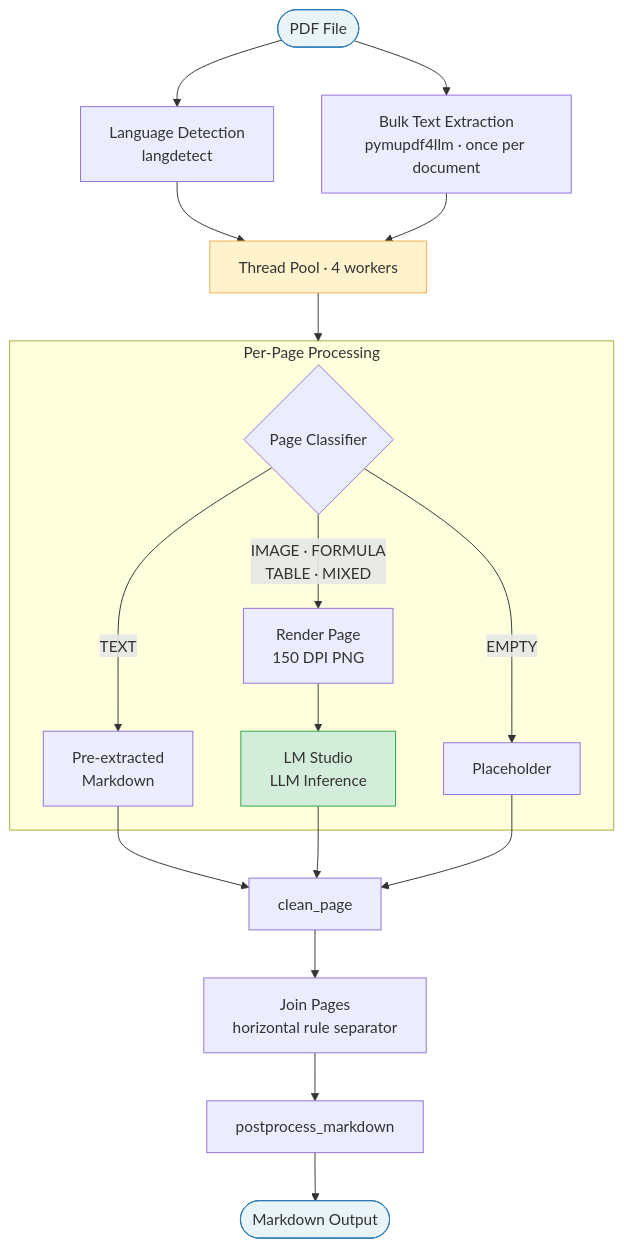
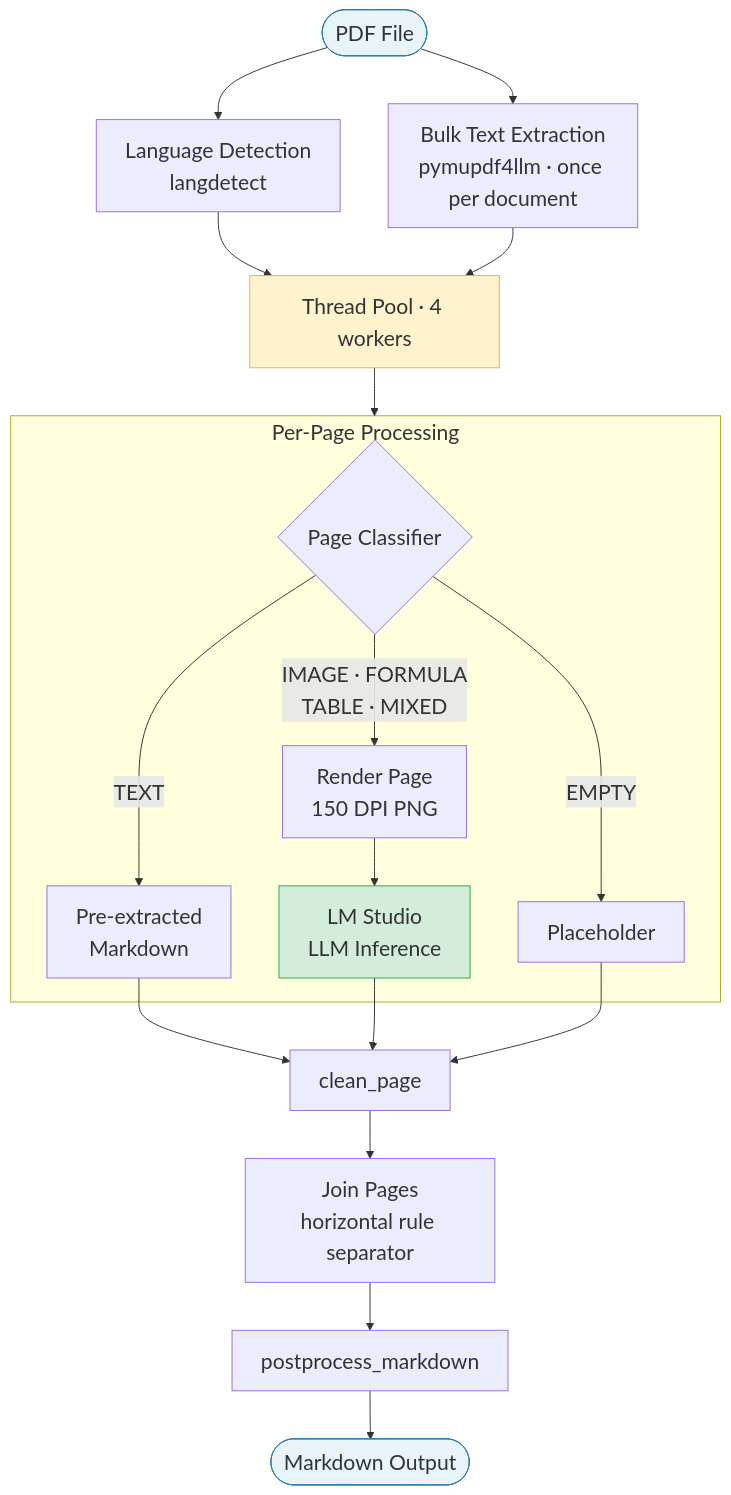
One commit to noormartini/pdf2md changed the diagram in Thesis_Paper/diagrams/architecture.mmd. Above: the diagram before and after it, drawn with Mermaid. The commit also changed 10 other files, not shown here.

```diff
--- a/Thesis_Paper/diagrams/architecture.mmd
+++ b/Thesis_Paper/diagrams/architecture.mmd
@@ -1,28 +1,29 @@
+%%{init: {'theme': 'default', 'themeVariables': {'fontSize': '22px', 'fontFamily': 'arial'}}}%%
 flowchart TD
     A([PDF File]) --> B[Language Detection\nlangdetect]
     A --> C[Bulk Text Extraction\npymupdf4llm · once per document]
 
     B --> D
     C --> D
 
     D[Thread Pool · 4 workers] --> E
 
     subgraph E[Per-Page Processing]
         F{Page Classifier} -->|TEXT| G[Pre-extracted\nMarkdown]
         F -->|IMAGE · FORMULA\nTABLE · MIXED| H[Render Page\n150 DPI PNG]
         F -->|EMPTY| I[Placeholder]
         H --> J[LM Studio\nLLM Inference]
     end
 
     G --> K[clean_page]
     J --> K
     I --> K
 
     K --> L[Join Pages\nhorizontal rule separator]
     L --> M[postprocess_markdown]
     M --> N([Markdown Output])
 
     style A fill:#e8f4f8,stroke:#2c7bb6
     style N fill:#e8f4f8,stroke:#2c7bb6
     style D fill:#fff3cd,stroke:#f0ad4e
     style J fill:#d4edda,stroke:#28a745
```
